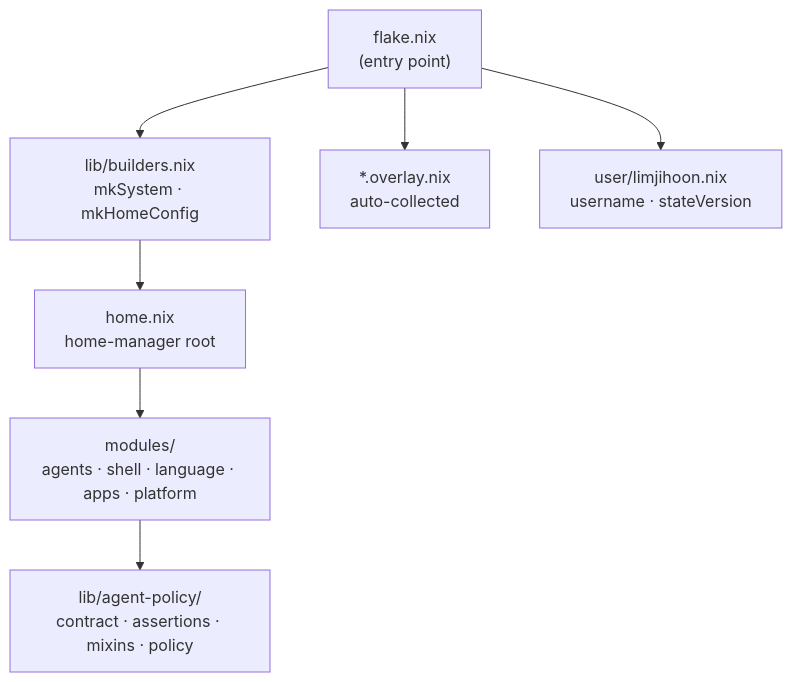
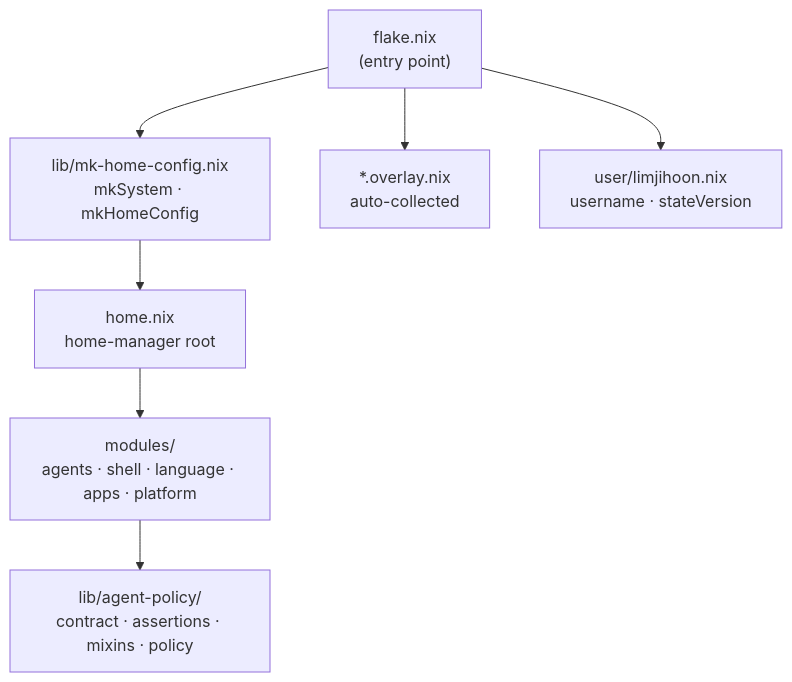
The first of 2 diagrams in docs/architecture/overview.md (vanillacake369/tonys-nix), drawn with Mermaid before and after one commit. The commit also changed other lines of this file and 14 other files, not shown here.

````diff
--- a/docs/architecture/overview.md
+++ b/docs/architecture/overview.md
@@ -57,17 +46,17 @@
 ```mermaid
 flowchart TD
     flake["flake.nix\n(entry point)"]
-    builders["lib/builders.nix\nmkSystem · mkHomeConfig"]
+    builders["lib/mk-home-config.nix\nmkSystem · mkHomeConfig"]
     homeNix["home.nix\nhome-manager root"]
     modules["modules/\nagents · shell · language · apps · platform"]
     lib["lib/agent-policy/\ncontract · assertions · mixins · policy"]
     overlays["*.overlay.nix\nauto-collected"]
     userProfile["user/limjihoon.nix\nusername · stateVersion"]
 
     flake --> builders
     flake --> overlays
     flake --> userProfile
     builders --> homeNix
     homeNix --> modules
     modules --> lib
 ```
````
